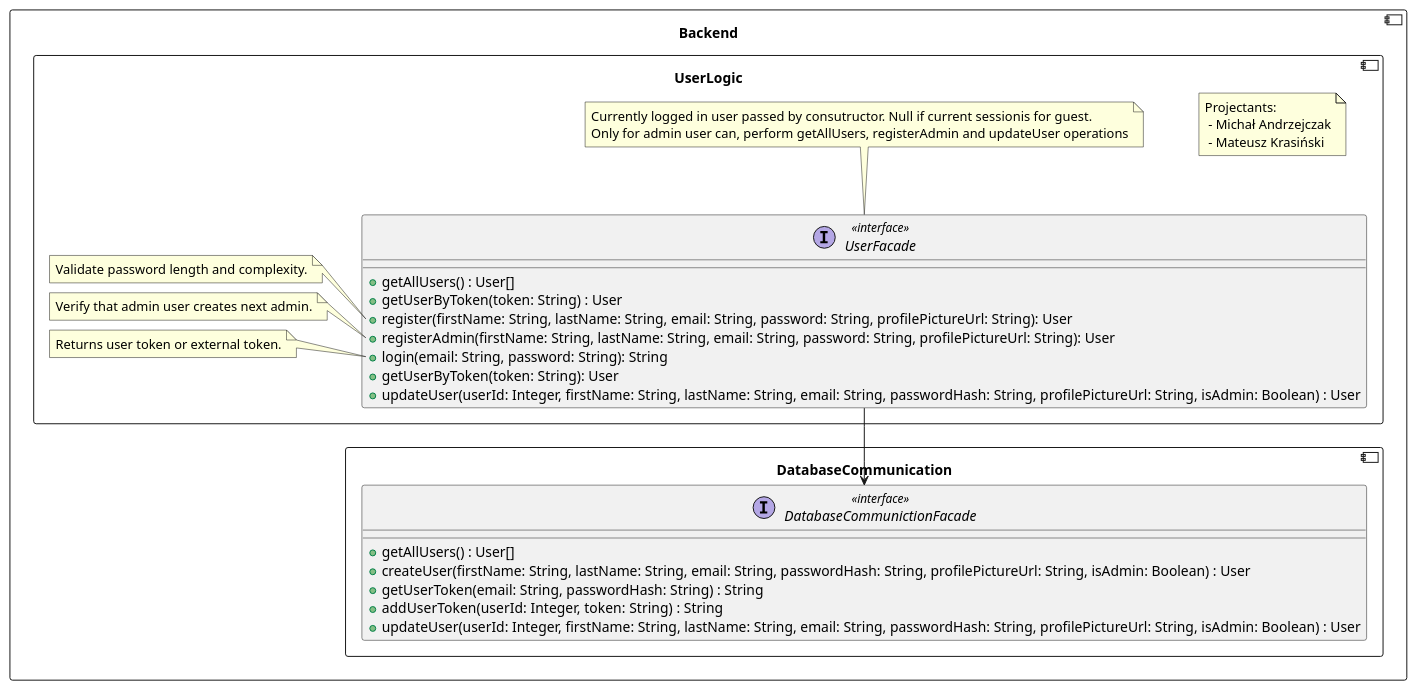
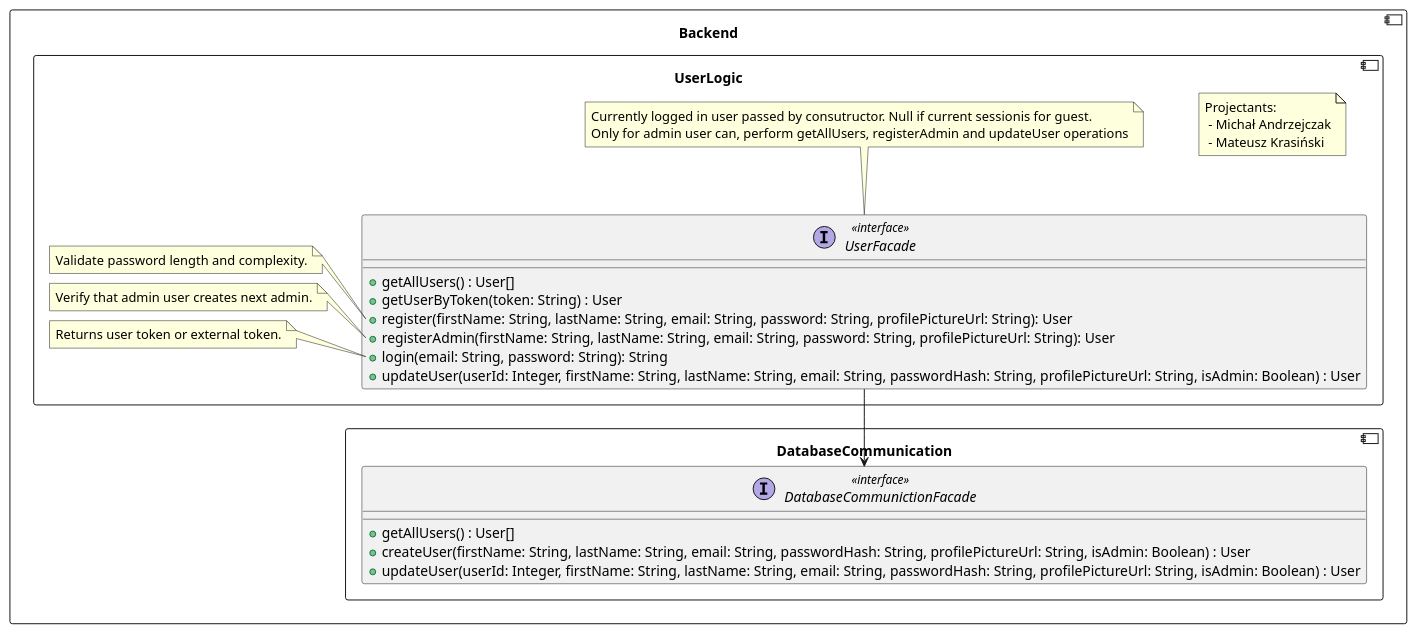
One commit to RadekBucki/OpinionCollectorArchitecture changed the third of 10 diagrams in backend/BackendLogic.md. Above: the diagram before and after it, drawn with PlantUML. The commit also changed 2 other files, not shown here.

Commit message:
Remove token logic from DatabaseCommunication

````diff
--- a/backend/BackendLogic.md
+++ b/backend/BackendLogic.md
@@ -55,51 +55,48 @@
 ```plantuml
 @startuml
 component Backend {
     component DatabaseCommunication {
         interface DatabaseCommunictionFacade <<interface>> {
             + getAllUsers() : User[]
             + createUser(firstName: String, lastName: String, email: String, passwordHash: String, profilePictureUrl: String, isAdmin: Boolean) : User
-            + getUserToken(email: String, passwordHash: String) : String
-            + addUserToken(userId: Integer, token: String) : String
             + updateUser(userId: Integer, firstName: String, lastName: String, email: String, passwordHash: String, profilePictureUrl: String, isAdmin: Boolean) : User
         }
     }
     component UserLogic {
         note as Authors
             Projectants: 
              - Michał Andrzejczak
              - Mateusz Krasiński
         endnote
         
         UserFacade --> DatabaseCommunictionFacade
         
         interface UserFacade <<interface>> {
             + getAllUsers() : User[]
             + getUserByToken(token: String) : User
             + register(firstName: String, lastName: String, email: String, password: String, profilePictureUrl: String): User
             + registerAdmin(firstName: String, lastName: String, email: String, password: String, profilePictureUrl: String): User
             + login(email: String, password: String): String
-            + getUserByToken(token: String): User
             + updateUser(userId: Integer, firstName: String, lastName: String, email: String, passwordHash: String, profilePictureUrl: String, isAdmin: Boolean) : User
         }
     
         note top of UserFacade
             Currently logged in user passed by consutructor. Null if current sessionis for guest.
             Only for admin user can, perform getAllUsers, registerAdmin and updateUser operations
         endnote
     
         note left of UserFacade::register
             Validate password length and complexity.
         endnote
     
         note left of UserFacade::registerAdmin
             Verify that admin user creates next admin.
         endnote
     
         note left of UserFacade::login
             Returns user token or external token.
         endnote
     }
 }
 @enduml 
 ```
````
